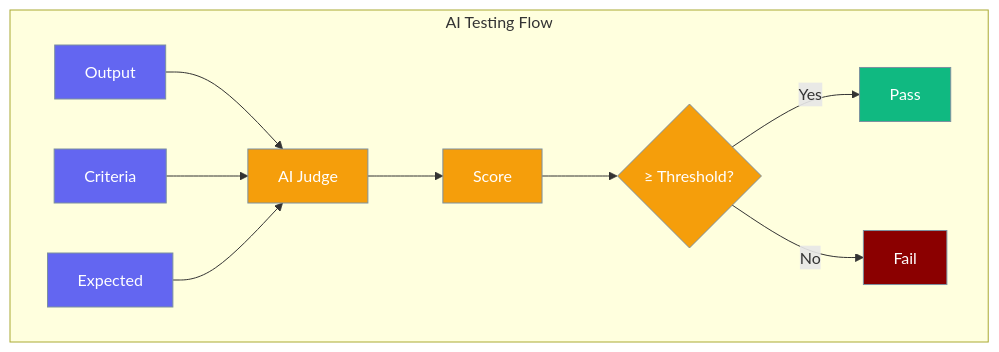
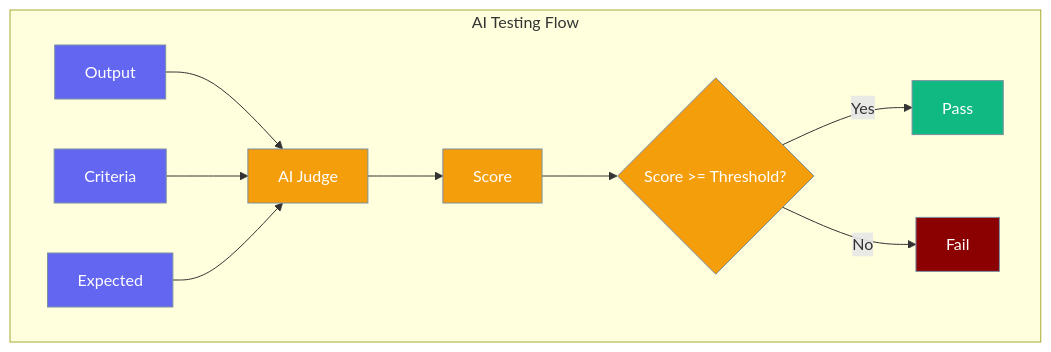
Before and after one commit to MervinPraison/TestAgent: the diagram in docs/concepts/testing.md, drawn with Mermaid. The commit also changed 2 other files, not shown here.

Commit message:
fix: Quote special characters in mermaid diagrams

````diff
--- a/docs/concepts/testing.md
+++ b/docs/concepts/testing.md
@@ -5,22 +5,22 @@
 ```mermaid
 graph TB
     subgraph "AI Testing Flow"
         A[Output] --> B[AI Judge]
         C[Criteria] --> B
         D[Expected] --> B
         B --> E[Score]
-        E --> F{≥ Threshold?}
+        E --> F{"Score >= Threshold?"}
         F -->|Yes| G[Pass]
         F -->|No| H[Fail]
     end
     
     classDef input fill:#6366F1,stroke:#7C90A0,color:#fff
     classDef judge fill:#F59E0B,stroke:#7C90A0,color:#fff
     classDef pass fill:#10B981,stroke:#7C90A0,color:#fff
     classDef fail fill:#8B0000,stroke:#7C90A0,color:#fff
     
     class A,C,D input
     class B,E,F judge
     class G pass
     class H fail
 ```
````
